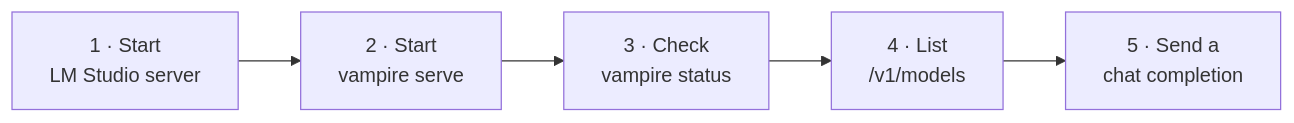
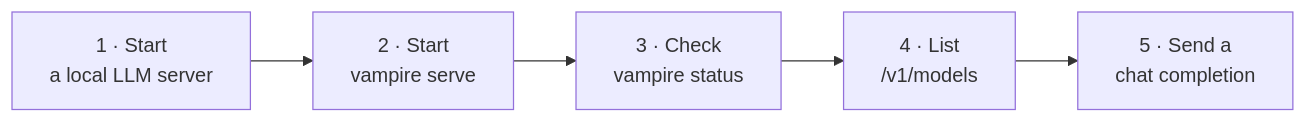
One commit to japer-technology/llm-vampire changed the first of 2 diagrams in docs/manual/03-quickstart.md. Above: the diagram before and after it, drawn with Mermaid. The commit also changed other lines of this file and 68 other files, not shown here.

Commit message:
Complete llm-vampire rebrand

````diff
--- a/docs/manual/03-quickstart.md
+++ b/docs/manual/03-quickstart.md
@@ -6,7 +6,7 @@
 ```mermaid
 flowchart LR
-    s1["1 · Start<br/>LM Studio server"] --> s2["2 · Start<br/>vampire serve"]
+    s1["1 · Start<br/>a local LLM server"] --> s2["2 · Start<br/>vampire serve"]
     s2 --> s3["3 · Check<br/>vampire status"]
     s3 --> s4["4 · List<br/>/v1/models"]
     s4 --> s5["5 · Send a<br/>chat completion"]
 ```
````
